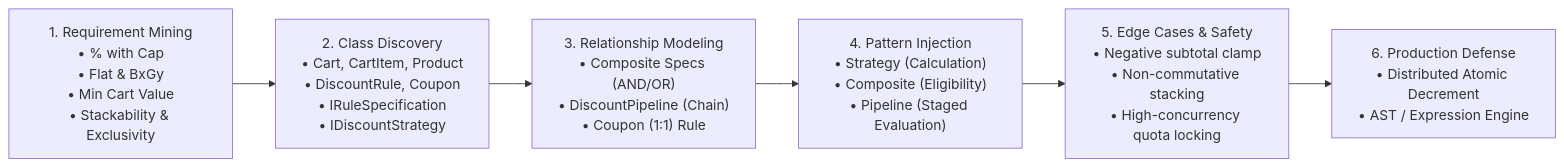
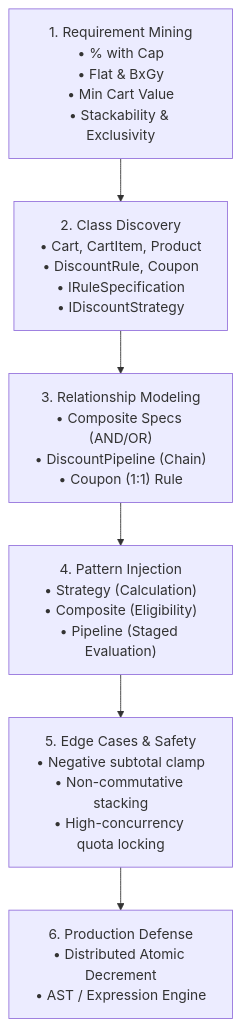
Before and after one commit to dip4k/DSA_102: the first of 2 diagrams in LLD/02_Tier2_Classic_LLD/25_Coupon_and_Discount_Engine.md, drawn with Mermaid. The commit also changed 191 other files, not shown here.

````diff
--- a/LLD/02_Tier2_Classic_LLD/25_Coupon_and_Discount_Engine.md
+++ b/LLD/02_Tier2_Classic_LLD/25_Coupon_and_Discount_Engine.md
@@ -34,8 +34,8 @@
 ```mermaid
-flowchart LR
-    A["1. Requirement Mining\n• % with Cap\n• Flat & BxGy\n• Min Cart Value\n• Stackability & Exclusivity"] --> B["2. Class Discovery\n• Cart, CartItem, Product\n• DiscountRule, Coupon\n• IRuleSpecification\n• IDiscountStrategy"]
-    B --> C["3. Relationship Modeling\n• Composite Specs (AND/OR)\n• DiscountPipeline (Chain)\n• Coupon (1:1) Rule"]
-    C --> D["4. Pattern Injection\n• Strategy (Calculation)\n• Composite (Eligibility)\n• Pipeline (Staged Evaluation)"]
-    D --> E["5. Edge Cases & Safety\n• Negative subtotal clamp\n• Non-commutative stacking\n• High-concurrency quota locking"]
-    E --> F["6. Production Defense\n• Distributed Atomic Decrement\n• AST / Expression Engine"]
+flowchart TD
+    A["1. Requirement Mining<br/>• % with Cap<br/>• Flat & BxGy<br/>• Min Cart Value<br/>• Stackability & Exclusivity"] --> B["2. Class Discovery<br/>• Cart, CartItem, Product<br/>• DiscountRule, Coupon<br/>• IRuleSpecification<br/>• IDiscountStrategy"]
+    B --> C["3. Relationship Modeling<br/>• Composite Specs (AND/OR)<br/>• DiscountPipeline (Chain)<br/>• Coupon (1:1) Rule"]
+    C --> D["4. Pattern Injection<br/>• Strategy (Calculation)<br/>• Composite (Eligibility)<br/>• Pipeline (Staged Evaluation)"]
+    D --> E["5. Edge Cases & Safety<br/>• Negative subtotal clamp<br/>• Non-commutative stacking<br/>• High-concurrency quota locking"]
+    E --> F["6. Production Defense<br/>• Distributed Atomic Decrement<br/>• AST / Expression Engine"]
 ```
````
